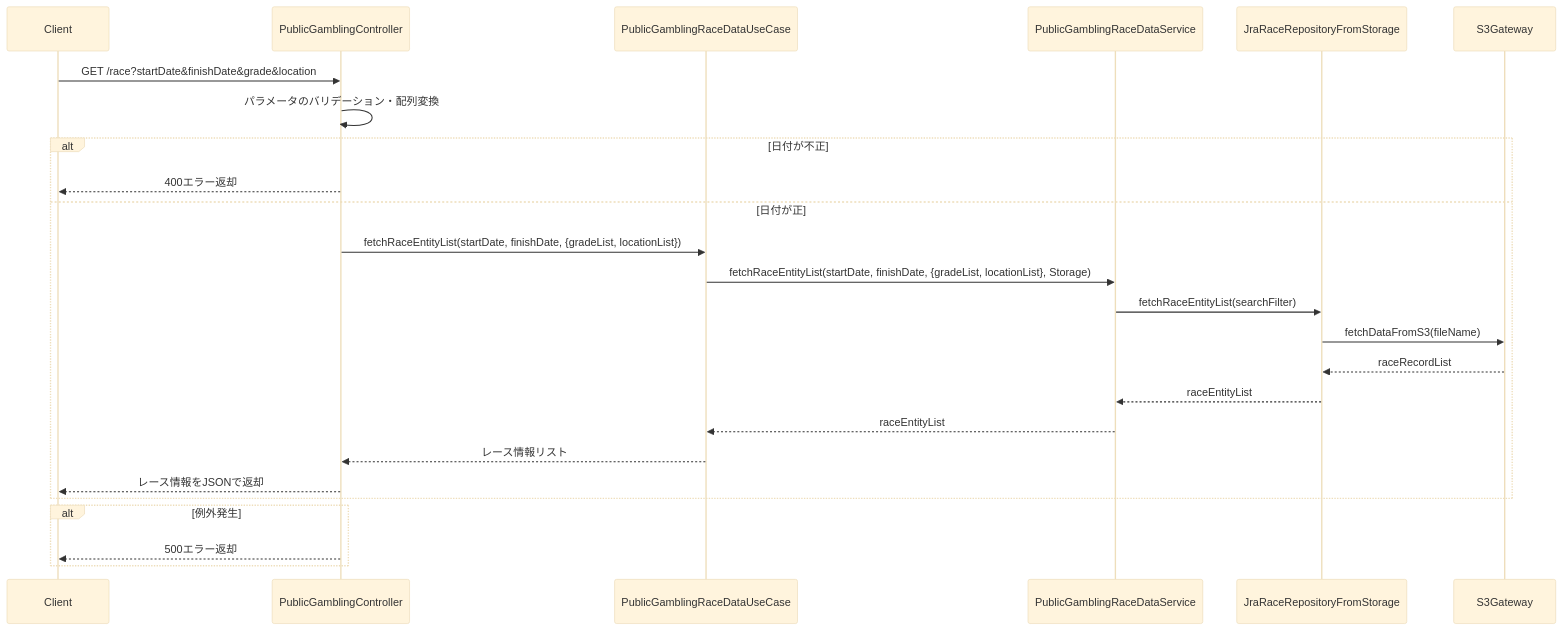
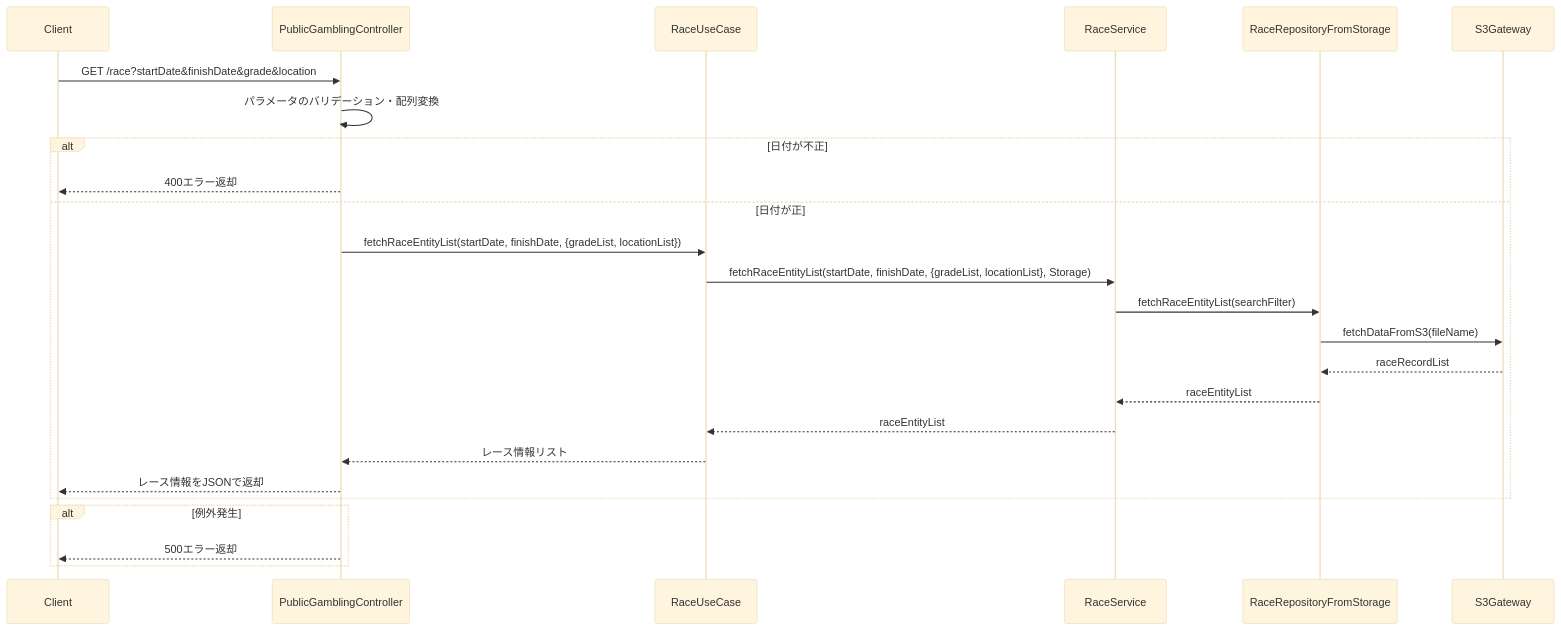
One commit to taichi6930/race-schedule-api changed the diagram in document/detail-design/sequence/publicGambling/getRaceEntityList.md. Above: the diagram before and after it, drawn with Mermaid (base theme). The commit also changed 26 other files, not shown here.

````diff
--- a/document/detail-design/sequence/publicGambling/getRaceEntityList.md
+++ b/document/detail-design/sequence/publicGambling/getRaceEntityList.md
@@ -3,28 +3,28 @@
 ```mermaid
 sequenceDiagram
     participant Client
     participant PublicGamblingController
-    participant PublicGamblingRaceDataUseCase
-    participant PublicGamblingRaceDataService
-    participant JraRaceRepositoryFromStorage
+    participant RaceUseCase
+    participant RaceService
+    participant RaceRepositoryFromStorage
     participant S3Gateway
 
     Client->>PublicGamblingController: GET /race?startDate&finishDate&grade&location
     PublicGamblingController->>PublicGamblingController: パラメータのバリデーション・配列変換
     alt 日付が不正
         PublicGamblingController-->>Client: 400エラー返却
     else 日付が正
-        PublicGamblingController->>PublicGamblingRaceDataUseCase: fetchRaceEntityList(startDate, finishDate, {gradeList, locationList})
-        PublicGamblingRaceDataUseCase->>PublicGamblingRaceDataService: fetchRaceEntityList(startDate, finishDate, {gradeList, locationList}, Storage)
-        PublicGamblingRaceDataService->>JraRaceRepositoryFromStorage: fetchRaceEntityList(searchFilter)
-        JraRaceRepositoryFromStorage->>S3Gateway: fetchDataFromS3(fileName)
-        S3Gateway-->>JraRaceRepositoryFromStorage: raceRecordList
-        JraRaceRepositoryFromStorage-->>PublicGamblingRaceDataService: raceEntityList
-        PublicGamblingRaceDataService-->>PublicGamblingRaceDataUseCase: raceEntityList
-        PublicGamblingRaceDataUseCase-->>PublicGamblingController: レース情報リスト
+        PublicGamblingController->>RaceUseCase: fetchRaceEntityList(startDate, finishDate, {gradeList, locationList})
+        RaceUseCase->>RaceService: fetchRaceEntityList(startDate, finishDate, {gradeList, locationList}, Storage)
+        RaceService->>RaceRepositoryFromStorage: fetchRaceEntityList(searchFilter)
+        RaceRepositoryFromStorage->>S3Gateway: fetchDataFromS3(fileName)
+        S3Gateway-->>RaceRepositoryFromStorage: raceRecordList
+        RaceRepositoryFromStorage-->>RaceService: raceEntityList
+        RaceService-->>RaceUseCase: raceEntityList
+        RaceUseCase-->>PublicGamblingController: レース情報リスト
         PublicGamblingController-->>Client: レース情報をJSONで返却
     end
     alt 例外発生
         PublicGamblingController-->>Client: 500エラー返却
     end
 ```
````
